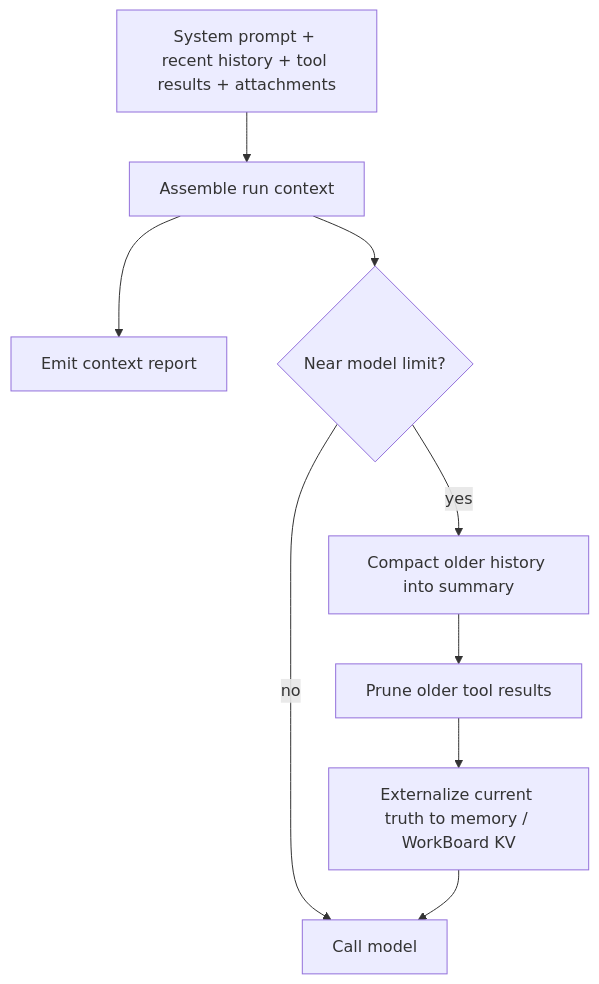
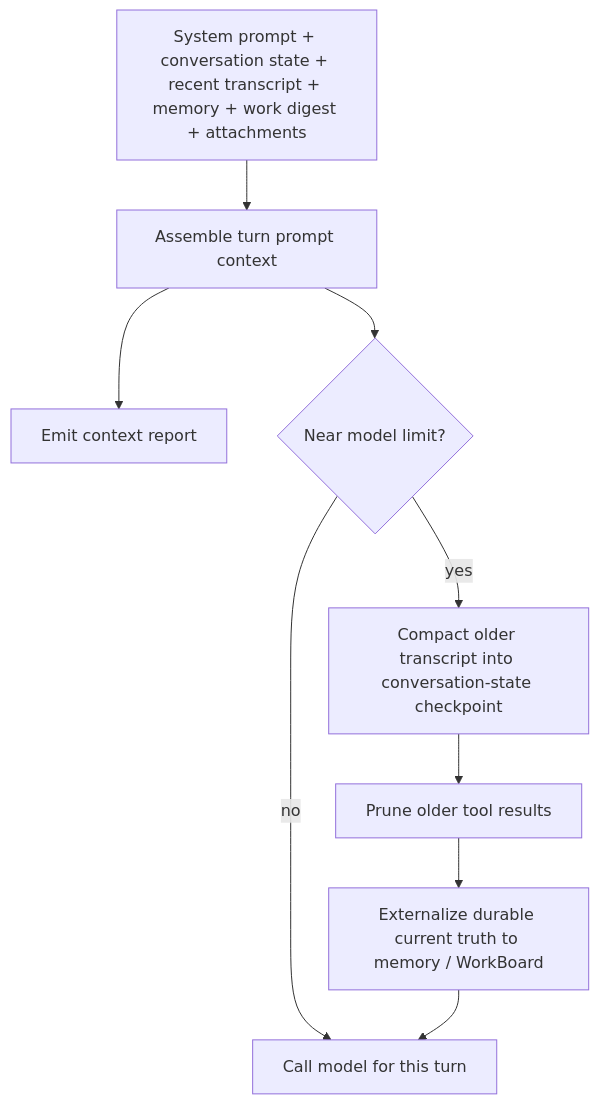
Before and after one commit to tyrumai/tyrum: the diagram in docs/architecture/agent/memory/context-compaction.md, drawn with Mermaid. The commit also changed other lines of this file and 56 other files, not shown here.

Commit message:
docs: rewrite architecture around conversations and turns (#1829)

````diff
--- a/docs/architecture/agent/memory/context-compaction.md
+++ b/docs/architecture/agent/memory/context-compaction.md
@@ -17,11 +17,11 @@
 ```mermaid
 flowchart TB
-  Sources["System prompt + recent history + tool results + attachments"] --> Assemble["Assemble run context"]
+  Sources["System prompt + conversation state + recent transcript + memory + work digest + attachments"] --> Assemble["Assemble turn prompt context"]
   Assemble --> Report["Emit context report"]
   Assemble --> Limit{"Near model limit?"}
-  Limit -- no --> Run["Call model"]
-  Limit -- yes --> Compact["Compact older history into summary"]
+  Limit -- no --> Turn["Call model for this turn"]
+  Limit -- yes --> Compact["Compact older transcript into conversation-state checkpoint"]
   Compact --> Prune["Prune older tool results"]
-  Prune --> Externalize["Externalize current truth to memory / WorkBoard KV"]
-  Externalize --> Run
+  Prune --> Externalize["Externalize durable current truth to memory / WorkBoard"]
+  Externalize --> Turn
 ```
````
